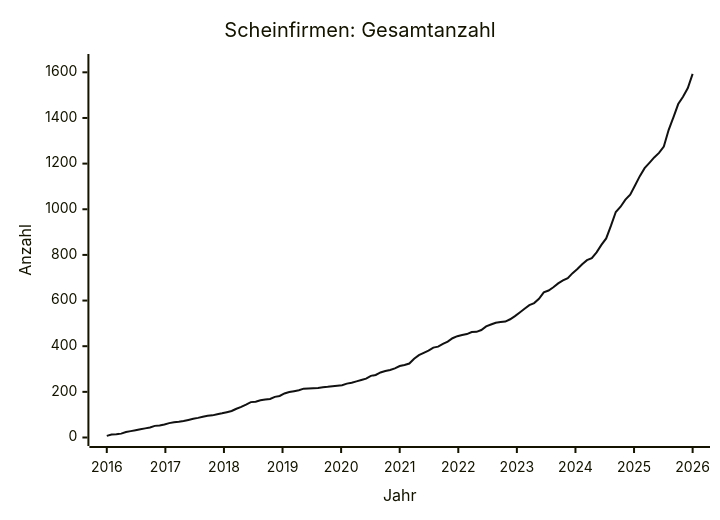
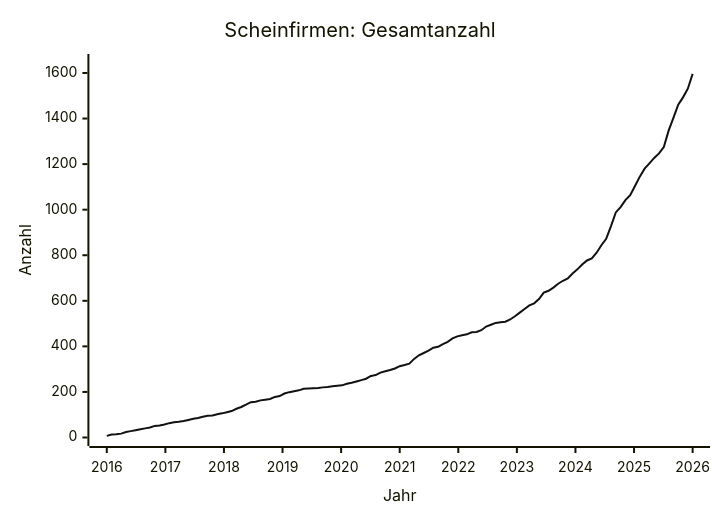
The diagram in data/STATS.md (arjoma/scheinfirmen-at), drawn with Mermaid before and after one commit. The commit also changed other lines of this file and 3 other files, not shown here.

````diff
--- a/data/STATS.md
+++ b/data/STATS.md
@@ -9,13 +9,13 @@
 ```mermaid
 ---
 config:
   themeVariables:
     xyChart:
       plotColorPalette: "#111111"
 ---
 xychart-beta
     title "Scheinfirmen: Gesamtanzahl"
     x-axis "Jahr" 2016 --> 2026
-    y-axis "Anzahl" 0 --> 1643
-    line [7, 13, 14, 17, 24, 28, 32, 36, 40, 44, 51, 53, 57, 63, 67, 69, 72, 77, 82, 86, 91, 95, 97, 102, 106, 111, 116, 126, 134, 144, 155, 157, 163, 166, 169, 178, 182, 193, 199, 203, 207, 214, 215, 216, 217, 220, 222, 225, 227, 229, 236, 240, 246, 252, 258, 270, 274, 285, 291, 296, 303, 313, 318, 324, 345, 361, 371, 381, 394, 398, 410, 420, 435, 444, 449, 453, 462, 463, 471, 487, 495, 503, 506, 508, 518, 532, 548, 564, 580, 589, 608, 636, 644, 658, 675, 688, 698, 720, 738, 759, 777, 786, 811, 844, 872, 928, 988, 1011, 1042, 1064, 1104, 1145, 1180, 1203, 1227, 1247, 1275, 1347, 1403, 1461, 1493, 1531, 1593]
+    y-axis "Anzahl" 0 --> 1646
+    line [7, 13, 14, 17, 24, 28, 32, 36, 40, 44, 51, 53, 57, 63, 67, 69, 72, 77, 82, 86, 91, 95, 97, 102, 106, 111, 116, 126, 134, 144, 155, 157, 163, 166, 169, 178, 182, 193, 199, 203, 207, 214, 215, 216, 217, 220, 222, 225, 227, 229, 236, 240, 246, 252, 258, 270, 274, 285, 291, 296, 303, 313, 318, 324, 345, 361, 371, 381, 394, 398, 410, 420, 435, 444, 449, 453, 462, 463, 471, 487, 495, 503, 506, 508, 518, 532, 548, 564, 580, 589, 608, 636, 644, 658, 675, 688, 698, 720, 738, 759, 777, 786, 811, 844, 872, 928, 988, 1011, 1042, 1064, 1104, 1145, 1180, 1203, 1227, 1247, 1275, 1347, 1403, 1461, 1493, 1531, 1596]
 ```
````
